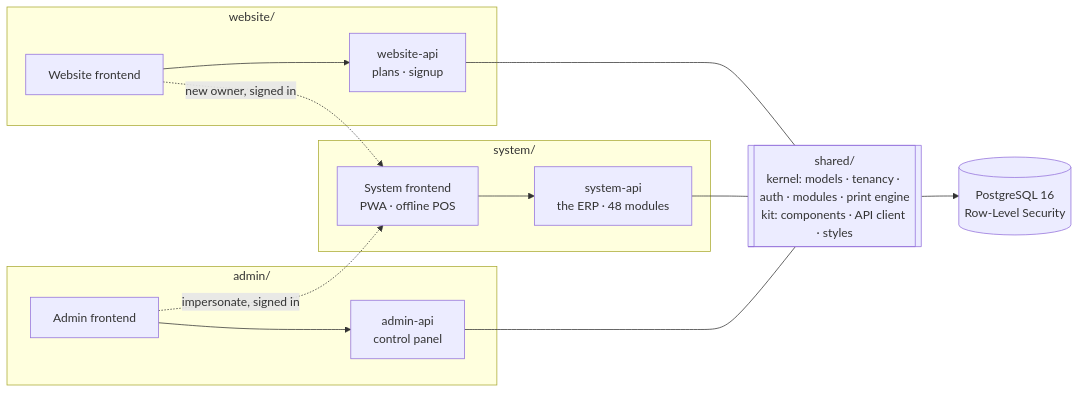
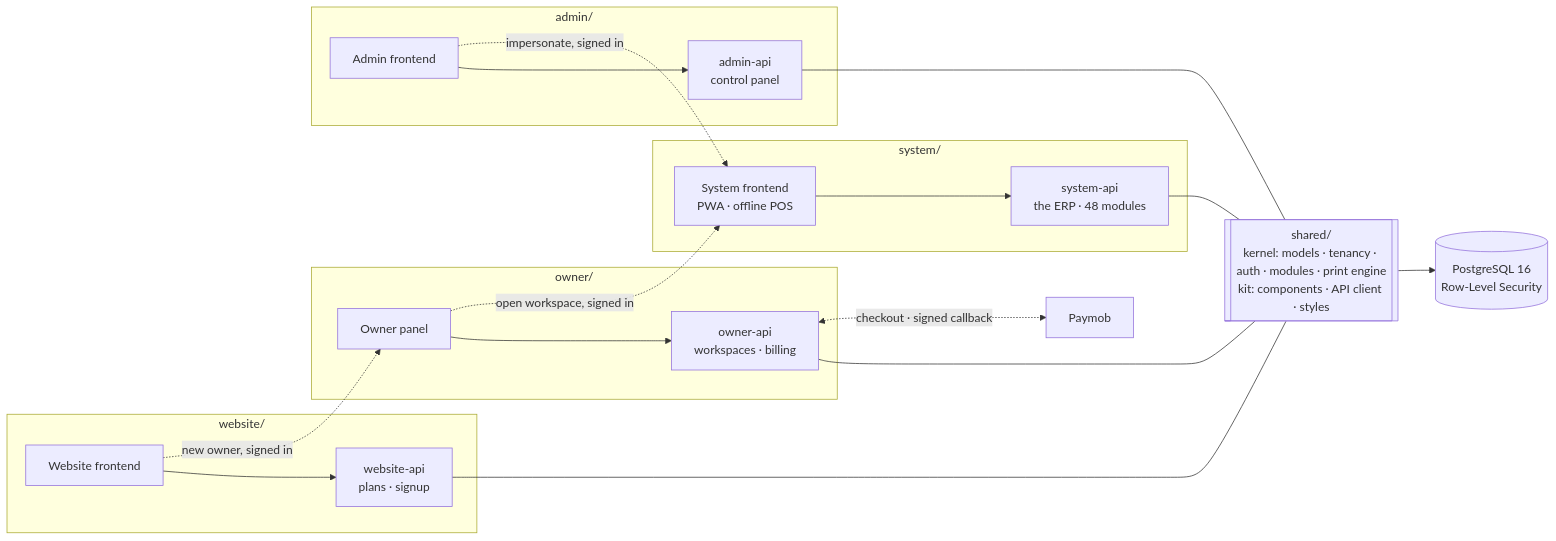
The diagram in README.md (Mizan-corp/Mizan), drawn with Mermaid before and after one commit. The commit also changed other lines of this file and 80 other files, not shown here.

First line of the commit message:
feat(owner): owner panel with multiple workspaces per owner, Paymob payments

````diff
--- a/README.md
+++ b/README.md
@@ -121,17 +123,22 @@
 ```mermaid
 flowchart LR
     subgraph website["website/"]
         WF[Website frontend] --> WA[website-api<br/>plans · signup]
     end
     subgraph system["system/"]
         SF[System frontend<br/>PWA · offline POS] --> SA[system-api<br/>the ERP · 48 modules]
     end
+    subgraph owner["owner/"]
+        OF[Owner panel] --> OA[owner-api<br/>workspaces · billing]
+    end
     subgraph admin["admin/"]
         AF[Admin frontend] --> AA[admin-api<br/>control panel]
     end
     K[["shared/<br/>kernel: models · tenancy · auth · modules · print engine<br/>kit: components · API client · styles"]]
-    WA & SA & AA --- K
+    WA & SA & OA & AA --- K
     K --> DB[(PostgreSQL 16<br/>Row-Level Security)]
-    WF -. "new owner, signed in" .-> SF
+    OA <-. "checkout · signed callback" .-> PM[Paymob]
+    WF -. "new owner, signed in" .-> OF
+    OF -. "open workspace, signed in" .-> SF
     AF -. "impersonate, signed in" .-> SF
 ```
````
